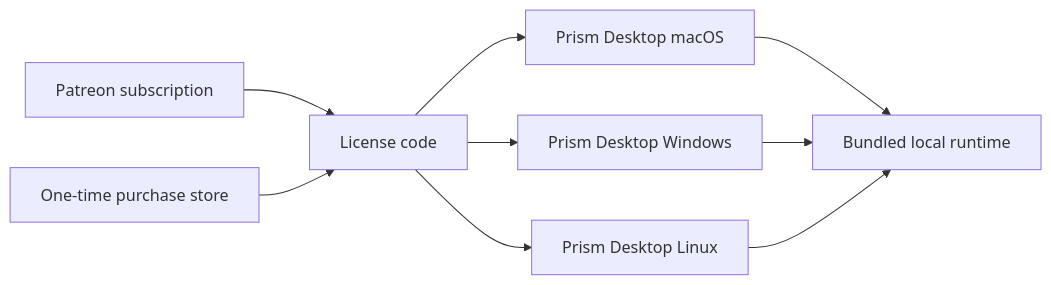
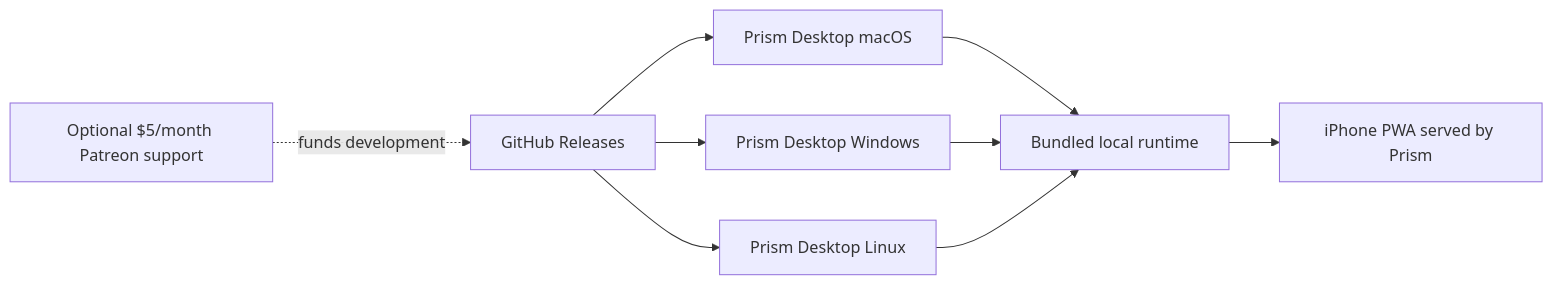
Before and after one commit to AureliusSoftworks/PRISM: the diagram in docs/distribution-model.md, drawn with Mermaid. The commit also changed other lines of this file and 9 other files, not shown here.

Commit message:
Clarify Prism free-download and support model

````diff
--- a/docs/distribution-model.md
+++ b/docs/distribution-model.md
@@ -11,11 +11,11 @@
 ```mermaid
 flowchart LR
-  Patreon["Patreon subscription"] --> licenseCode["License code"]
-  OneTime["One-time purchase store"] --> licenseCode
-  licenseCode --> macDesktop["Prism Desktop macOS"]
-  licenseCode --> winDesktop["Prism Desktop Windows"]
-  licenseCode --> linuxDesktop["Prism Desktop Linux"]
+  GitHub["GitHub Releases"] --> macDesktop["Prism Desktop macOS"]
+  GitHub --> winDesktop["Prism Desktop Windows"]
+  GitHub --> linuxDesktop["Prism Desktop Linux"]
+  Patreon["Optional $5/month Patreon support"] -. funds development .-> GitHub
   macDesktop --> bundledRuntime["Bundled local runtime"]
   winDesktop --> bundledRuntime
   linuxDesktop --> bundledRuntime
+  bundledRuntime --> PWA["iPhone PWA served by Prism"]
 ```
````
